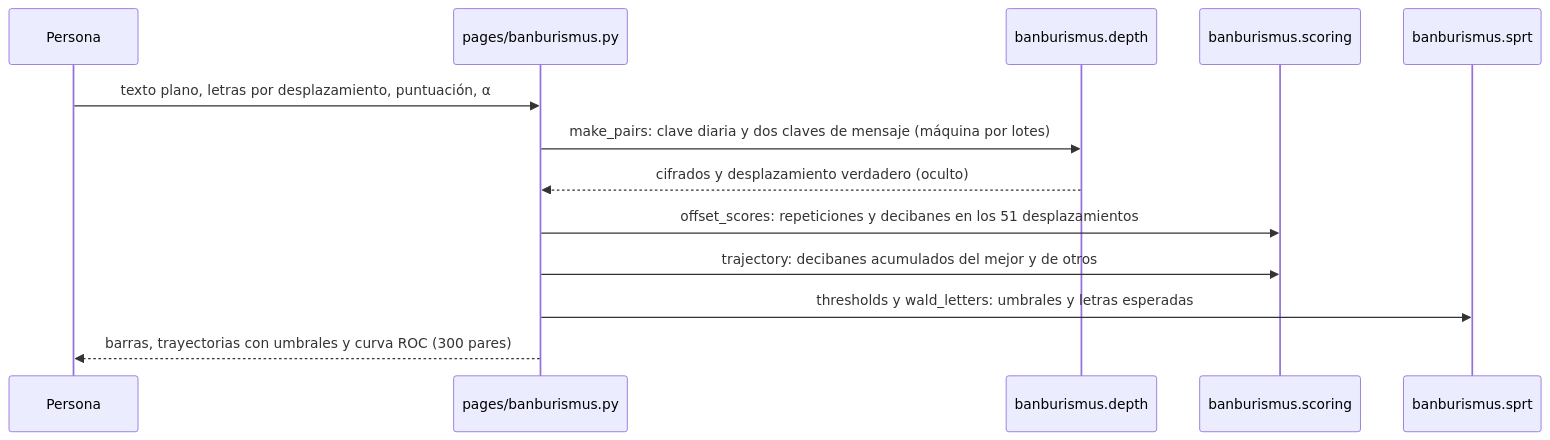
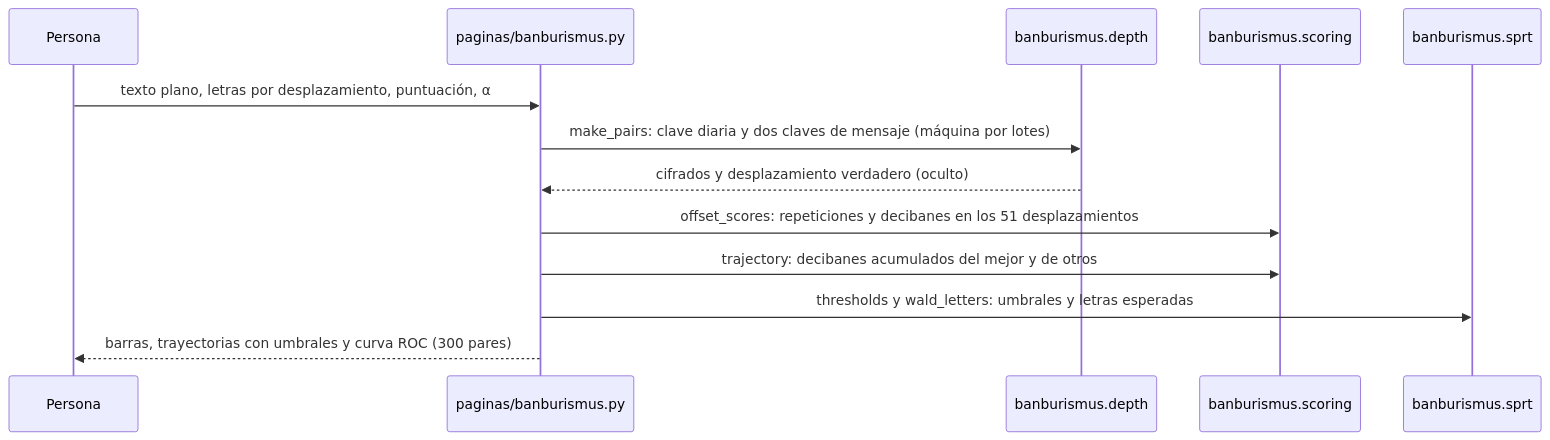
One commit to Cartosn/enigma-lab changed the fourth of 7 diagrams in docs/ARQUITECTURA.md. Above: the diagram before and after it, drawn with Mermaid. The commit also changed other lines of this file and 19 other files, not shown here.

````diff
--- a/docs/ARQUITECTURA.md
+++ b/docs/ARQUITECTURA.md
@@ -173,15 +173,15 @@
 ```mermaid
 sequenceDiagram
     participant U as Persona
-    participant P as pages/banburismus.py
+    participant P as paginas/banburismus.py
     participant D as banburismus.depth
     participant S as banburismus.scoring
     participant W as banburismus.sprt
     U->>P: texto plano, letras por desplazamiento, puntuación, α
     P->>D: make_pairs: clave diaria y dos claves de mensaje (máquina por lotes)
     D-->>P: cifrados y desplazamiento verdadero (oculto)
     P->>S: offset_scores: repeticiones y decibanes en los 51 desplazamientos
     P->>S: trajectory: decibanes acumulados del mejor y de otros
     P->>W: thresholds y wald_letters: umbrales y letras esperadas
     P-->>U: barras, trayectorias con umbrales y curva ROC (300 pares)
 ```
````
